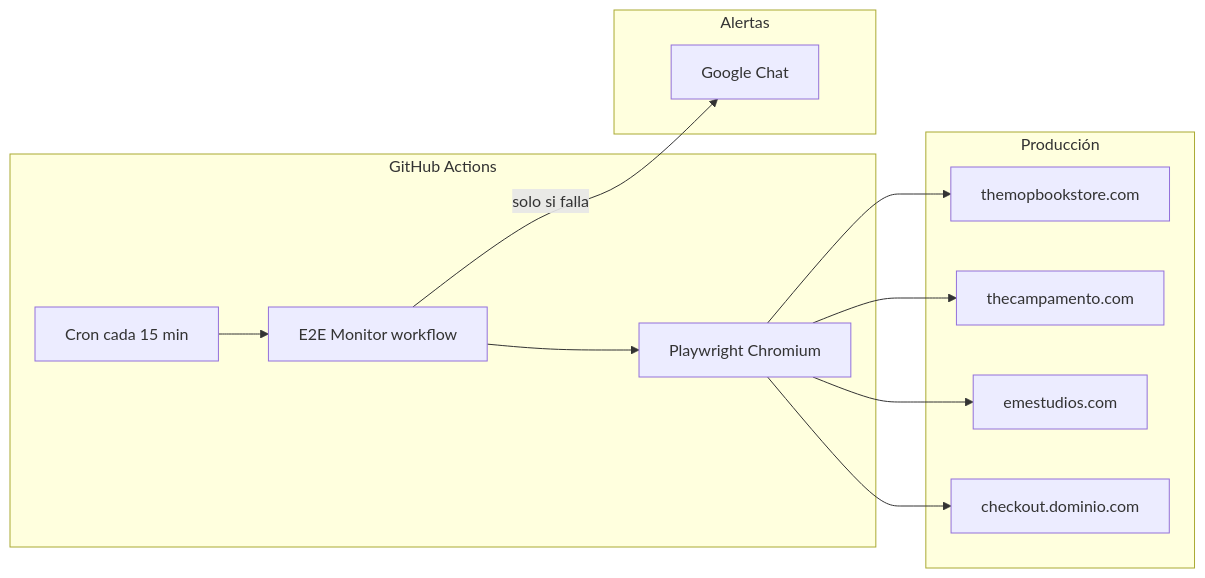
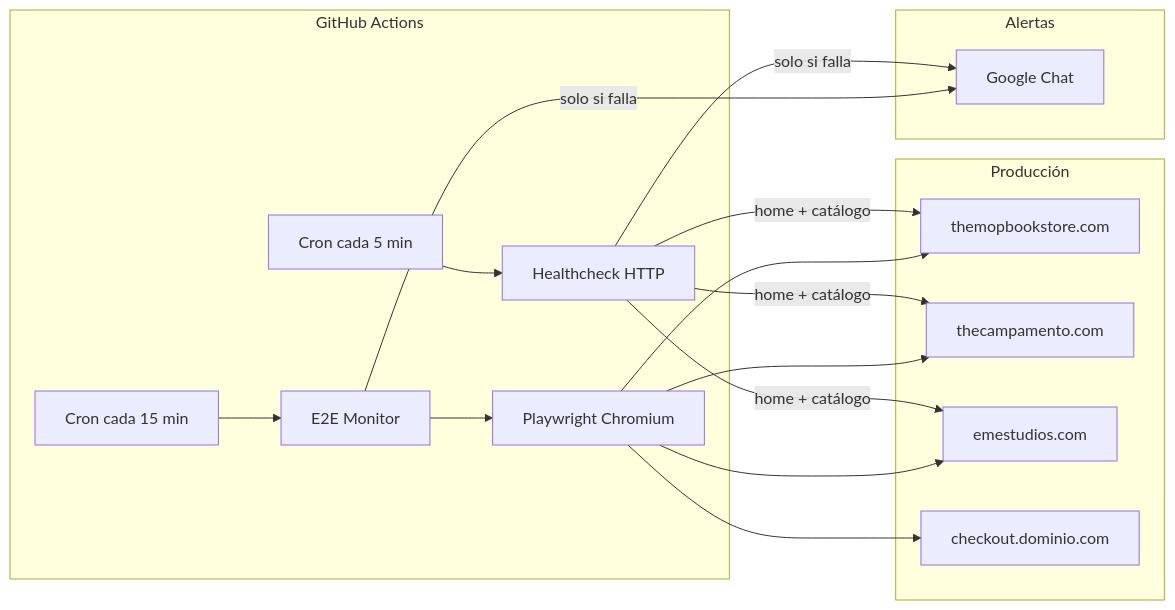
One commit to casalsj/e2e-ecommerce changed the diagram in GUIA-MONITOR-E2E.md. Above: the diagram before and after it, drawn with Mermaid. The commit also changed other lines of this file and 6 other files, not shown here.

First line of the commit message:
Añade healthcheck HTTP ligero cada 5 min con alerta a Google Chat

````diff
--- a/GUIA-MONITOR-E2E.md
+++ b/GUIA-MONITOR-E2E.md
@@ -30,24 +38,29 @@
 ```mermaid
 flowchart LR
   subgraph gh [GitHub Actions]
-    cron[Cron cada 15 min]
-    wf[E2E Monitor workflow]
+    hc_cron[Cron cada 5 min]
+    hc[Healthcheck HTTP]
+    e2e_cron[Cron cada 15 min]
+    wf[E2E Monitor]
     pw[Playwright Chromium]
-    cron --> wf --> pw
+    hc_cron --> hc
+    e2e_cron --> wf --> pw
   end
 
   subgraph prod [Producción]
     t1[themopbookstore.com]
     t2[thecampamento.com]
     t3[emestudios.com]
     co[checkout.dominio.com]
   end
 
   subgraph alert [Alertas]
     gc[Google Chat]
   end
 
+  hc -->|home + catálogo| t1 & t2 & t3
   pw --> t1 & t2 & t3
   pw --> co
+  hc -->|solo si falla| gc
   wf -->|solo si falla| gc
 ```
````
